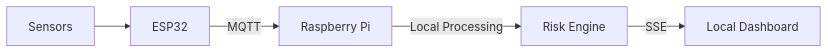
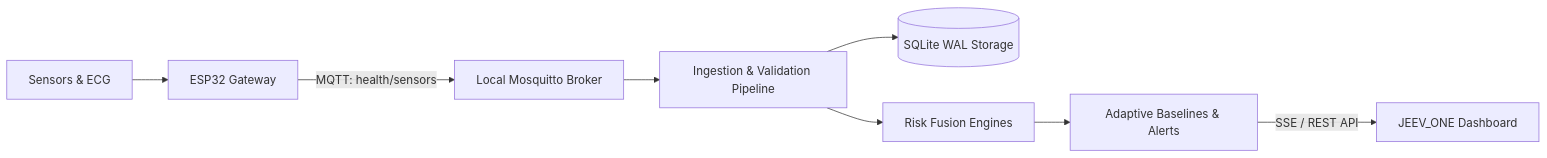
Before and after one commit to Aryyl/Spectrona: the diagram in README.md, drawn with Mermaid. The commit also changed other lines of this file and 28 other files, not shown here.

````diff
--- a/README.md
+++ b/README.md
@@ -19,7 +46,10 @@
 ```mermaid
 graph LR
-    A[Sensors] --> B[ESP32]
-    B -->|MQTT| C[Raspberry Pi]
-    C -->|Local Processing| D[Risk Engine]
-    D -->|SSE| E[Local Dashboard]
+    A[Sensors & ECG] --> B[ESP32 Gateway]
+    B -->|MQTT: health/sensors| C[Local Mosquitto Broker]
+    C --> D[Ingestion & Validation Pipeline]
+    D --> E[(SQLite WAL Storage)]
+    D --> F[Risk Fusion Engines]
+    F --> G[Adaptive Baselines & Alerts]
+    G -->|SSE / REST API| H[JEEV_ONE Dashboard]
 ```
````
